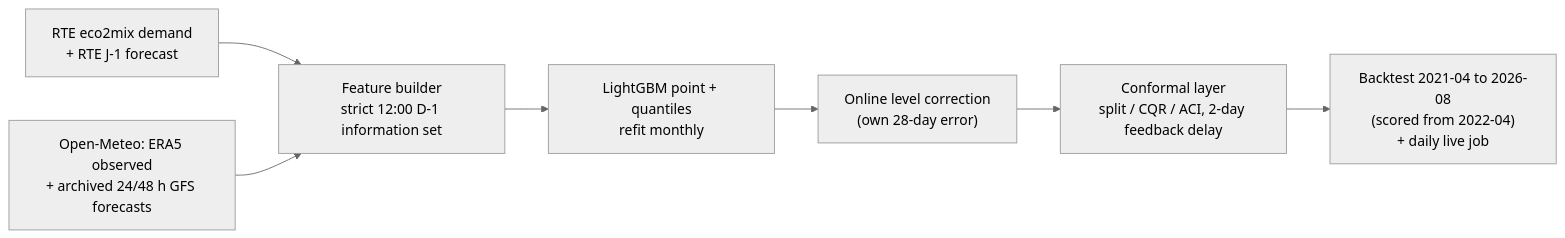
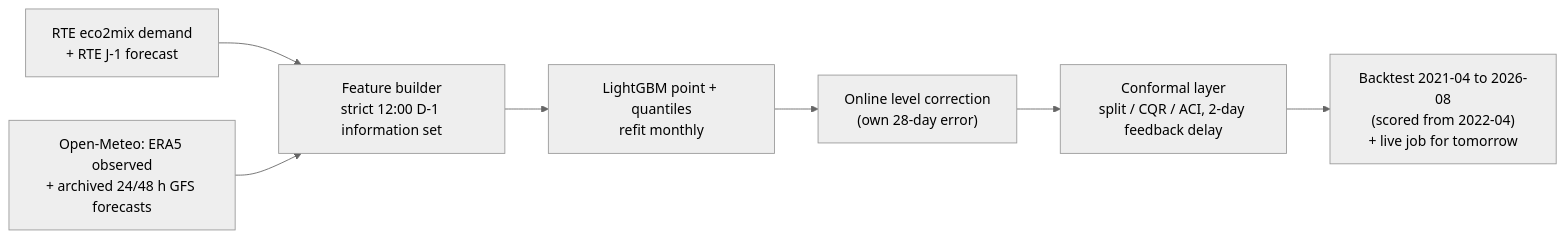
The diagram in README.md (Pchambet/gridcast), drawn with Mermaid (neutral theme) before and after one commit. The commit also changed other lines of this file and 6 other files, not shown here.

First line of the commit message:
Finish as a study: drop the scheduled daily job, keep make live for tomorrow's forecast

````diff
--- a/README.md
+++ b/README.md
@@ -26,9 +26,9 @@
 ```mermaid
 flowchart LR
   A["RTE eco2mix demand<br/>+ RTE J-1 forecast"] --> C
   B["Open-Meteo: ERA5 observed<br/>+ archived 24/48 h GFS forecasts"] --> C
   C["Feature builder<br/>strict 12:00 D-1 information set"] --> D["LightGBM point + quantiles<br/>refit monthly"]
   D --> E["Online level correction<br/>(own 28-day error)"]
   E --> F["Conformal layer<br/>split / CQR / ACI, 2-day feedback delay"]
-  F --> G["Backtest 2021-04 to 2026-08<br/>(scored from 2022-04)<br/>+ daily live job"]
+  F --> G["Backtest 2021-04 to 2026-08<br/>(scored from 2022-04)<br/>+ live job for tomorrow"]
 ```
````
